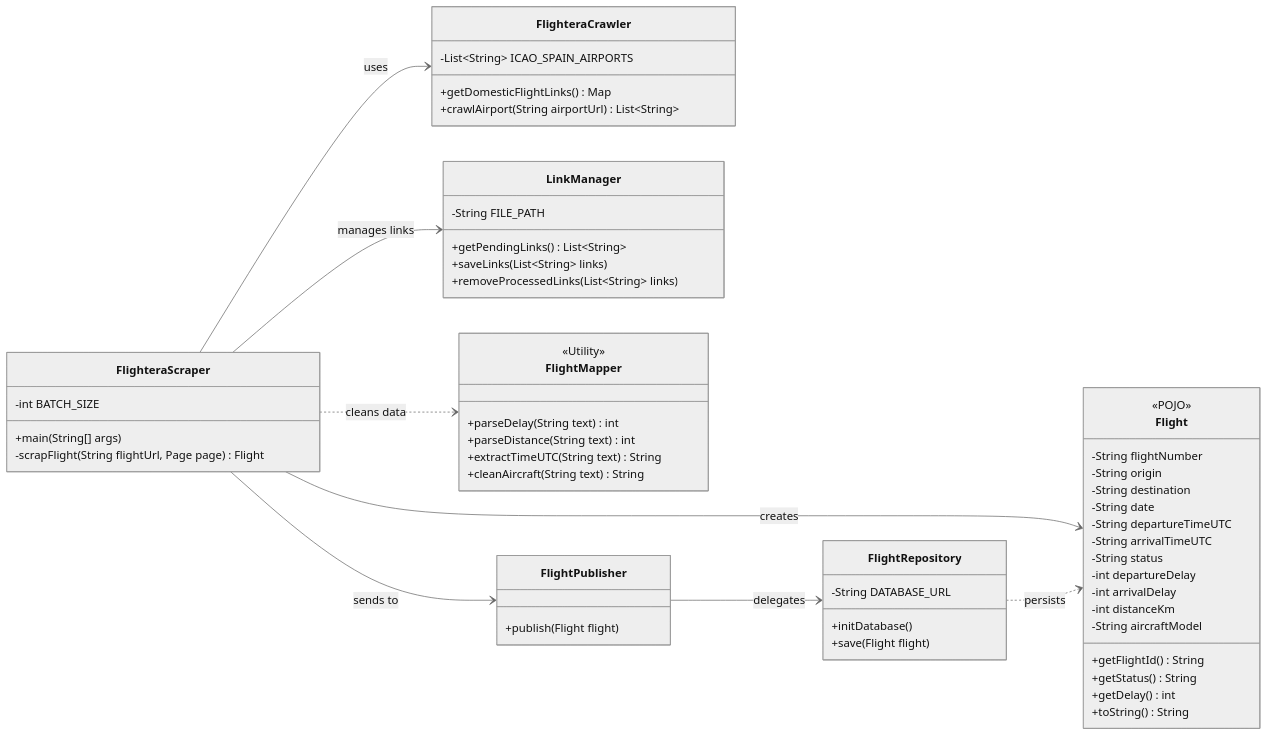
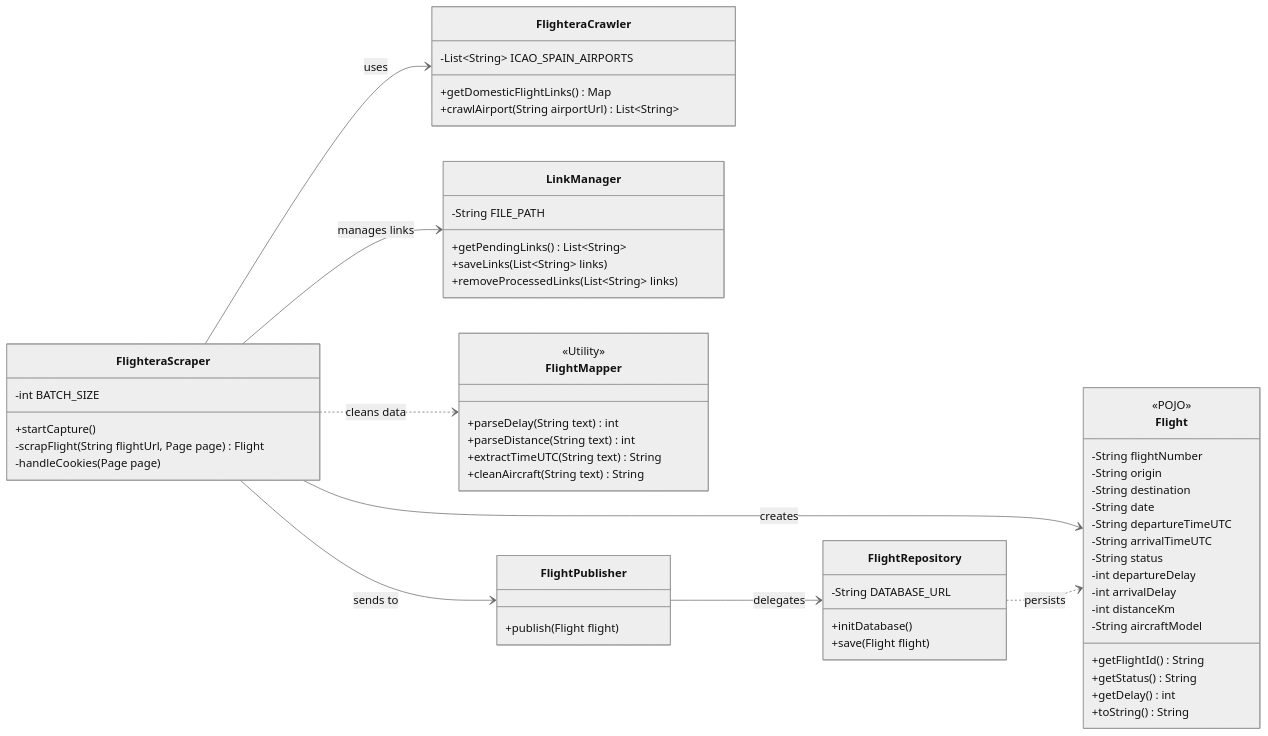
One commit to NoVibesJustCode/sky-delay-forecast changed the second of 2 diagrams in readme.md. Above: the diagram before and after it, drawn with Mermaid (neutral theme).

Commit message:
docs: synchronize class diagram with current implementation names

````diff
--- a/readme.md
+++ b/readme.md
@@ -75,68 +75,69 @@
 ```mermaid
 classDiagram
     direction LR
 
     class FlighteraScraper {
         -int BATCH_SIZE
-        +main(String[] args)
+        +startCapture()
         -scrapFlight(String flightUrl, Page page) Flight
+        -handleCookies(Page page)
     }
 
     class FlighteraCrawler {
         -List~String~ ICAO_SPAIN_AIRPORTS
         +getDomesticFlightLinks() Map
         +crawlAirport(String airportUrl) List~String~
     }
 
     class LinkManager {
         -String FILE_PATH
         +getPendingLinks() List~String~
         +saveLinks(List~String~ links)
         +removeProcessedLinks(List~String~ links)
     }
 
     class FlightMapper {
         <<Utility>>
         +parseDelay(String text) int
         +parseDistance(String text) int
         +extractTimeUTC(String text) String
         +cleanAircraft(String text) String
     }
 
     class FlightPublisher {
         +publish(Flight flight)
     }
 
     class Flight {
         <<POJO>>
         -String flightNumber
         -String origin
         -String destination
         -String date
         -String departureTimeUTC
         -String arrivalTimeUTC
         -String status
         -int departureDelay
         -int arrivalDelay
         -int distanceKm
         -String aircraftModel
         +getFlightId() String
         +getStatus() String
         +getDelay() int
         +toString() String
     }
 
     class FlightRepository {
         -String DATABASE_URL
         +initDatabase()
         +save(Flight flight)
     }
 
     FlighteraScraper --> FlighteraCrawler : uses
     FlighteraScraper --> LinkManager : manages links
     FlighteraScraper ..> FlightMapper : cleans data
     FlighteraScraper --> Flight : creates
     FlighteraScraper --> FlightPublisher : sends to
     FlightPublisher --> FlightRepository : delegates
     FlightRepository ..> Flight : persists
 ```
````
